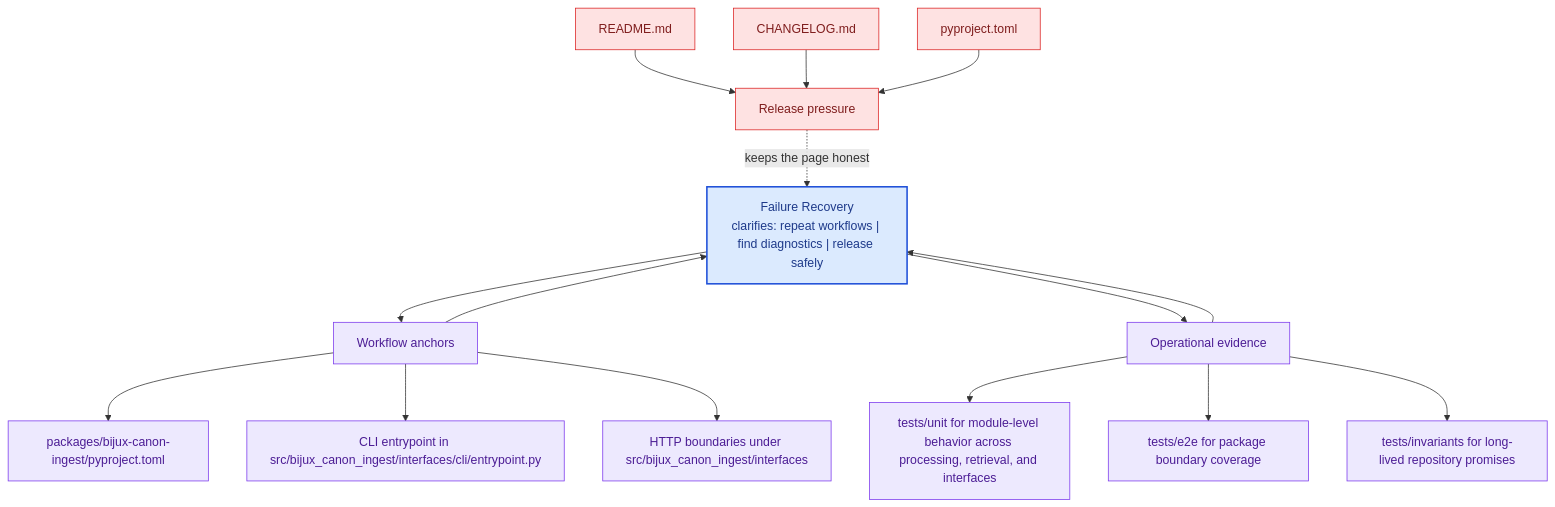
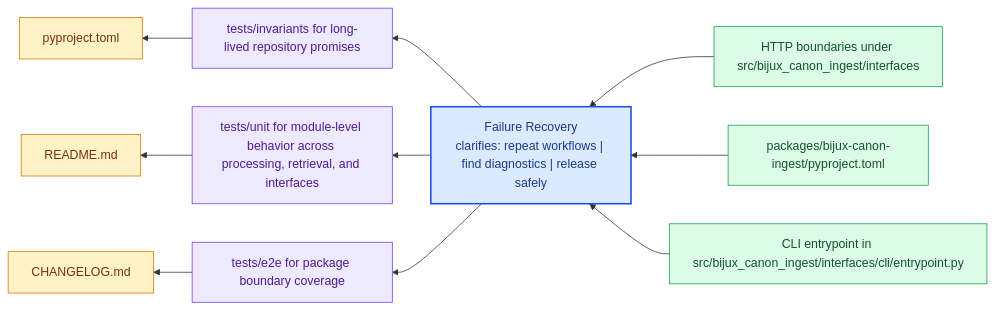
One commit to bijux/bijux-canon changed the diagram in docs/bijux-canon-ingest/operations/failure-recovery.md. Above: the diagram before and after it, drawn with Mermaid. The commit also changed other lines of this file and 281 other files, not shown here.

Commit message:
docs(diagrams): replace repeated mermaid scaffolds with page-specific summaries

````diff
--- a/docs/bijux-canon-ingest/operations/failure-recovery.md
+++ b/docs/bijux-canon-ingest/operations/failure-recovery.md
@@ -67,41 +22,31 @@
 ```mermaid
-flowchart TB
-    promise["Failure Recovery<br/>clarifies: repeat workflows | find diagnostics | release safely"]
-    classDef promise fill:#dbeafe,stroke:#1d4ed8,color:#1e3a8a,stroke-width:2px;
-    classDef driver fill:#dcfce7,stroke:#16a34a,color:#14532d;
-    classDef constraint fill:#fee2e2,stroke:#dc2626,color:#7f1d1d;
-    classDef ground fill:#ede9fe,stroke:#7c3aed,color:#4c1d95;
-    focus1["Workflow anchors"]
-    focus1 --> promise
-    promise --> focus1
-    focus1_1["packages/bijux-canon-ingest/pyproject.toml"]
-    focus1 --> focus1_1
-    focus1_2["CLI entrypoint in src/bijux_canon_ingest/interfaces/cli/entrypoint.py"]
-    focus1 --> focus1_2
-    focus1_3["HTTP boundaries under src/bijux_canon_ingest/interfaces"]
-    focus1 --> focus1_3
-    class focus1 ground;
-    class focus1_1,focus1_2,focus1_3 ground;
-    focus2["Operational evidence"]
-    focus2 --> promise
-    promise --> focus2
-    focus2_1["tests/unit for module-level behavior across processing, retrieval, and interfaces"]
-    focus2 --> focus2_1
-    focus2_2["tests/e2e for package boundary coverage"]
-    focus2 --> focus2_2
-    focus2_3["tests/invariants for long-lived repository promises"]
-    focus2 --> focus2_3
-    class focus2 ground;
-    class focus2_1,focus2_2,focus2_3 ground;
-    focus3["Release pressure"]
-    focus3 -.keeps the page honest.-> promise
-    focus3_1["README.md"]
-    focus3_1 --> focus3
-    focus3_2["CHANGELOG.md"]
-    focus3_2 --> focus3
-    focus3_3["pyproject.toml"]
-    focus3_3 --> focus3
-    class focus3 constraint;
-    class focus3_1,focus3_2,focus3_3 constraint;
-    class promise promise;
+flowchart RL
+    page["Failure Recovery<br/>clarifies: repeat workflows | find diagnostics | release safely"]
+    classDef page fill:#dbeafe,stroke:#1d4ed8,color:#1e3a8a,stroke-width:2px;
+    classDef positive fill:#dcfce7,stroke:#16a34a,color:#14532d;
+    classDef caution fill:#fee2e2,stroke:#dc2626,color:#7f1d1d;
+    classDef anchor fill:#ede9fe,stroke:#7c3aed,color:#4c1d95;
+    classDef action fill:#fef3c7,stroke:#d97706,color:#7c2d12;
+    step1["HTTP boundaries under src/bijux_canon_ingest/interfaces"]
+    step1 --> page
+    step2["packages/bijux-canon-ingest/pyproject.toml"]
+    step2 --> page
+    step3["CLI entrypoint in src/bijux_canon_ingest/interfaces/cli/entrypoint.py"]
+    step3 --> page
+    run1["tests/invariants for long-lived repository promises"]
+    page --> run1
+    run2["tests/unit for module-level behavior across processing, retrieval, and interfaces"]
+    page --> run2
+    run3["tests/e2e for package boundary coverage"]
+    page --> run3
+    release1["pyproject.toml"]
+    run1 --> release1
+    release2["README.md"]
+    run2 --> release2
+    release3["CHANGELOG.md"]
+    run3 --> release3
+    class page page;
+    class step1,step2,step3 positive;
+    class run1,run2,run3 anchor;
+    class release1,release2,release3 action;
 ```
````
